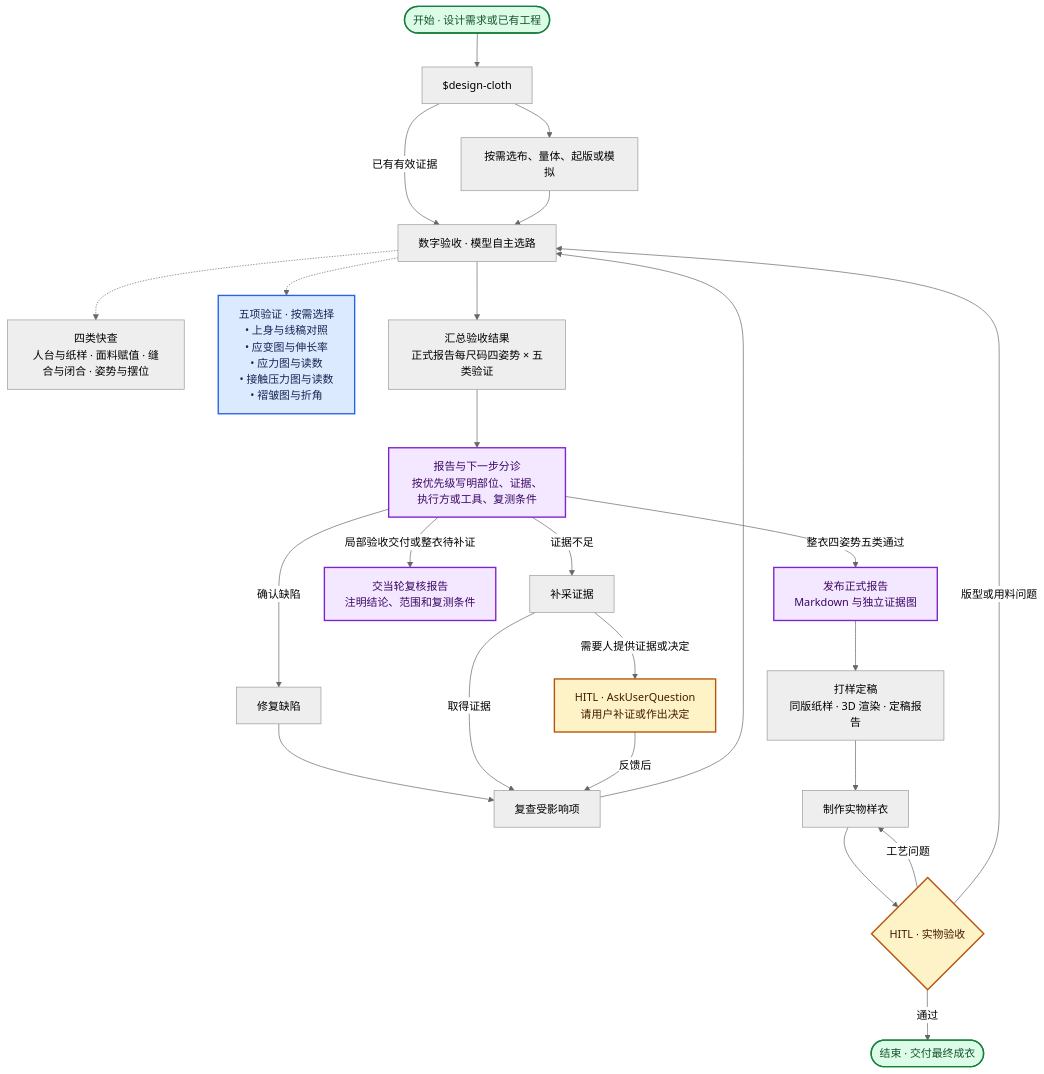
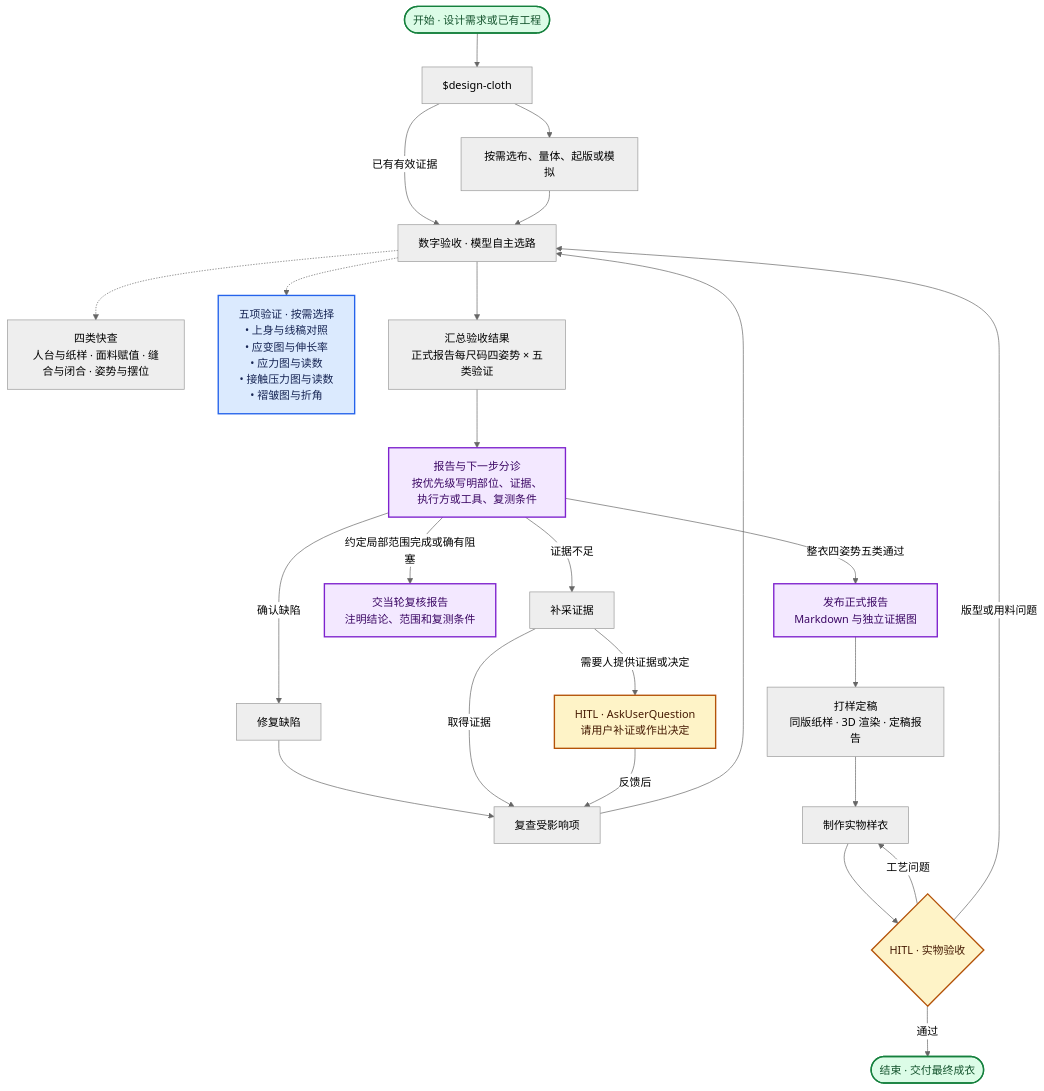
Before and after one commit to liush2yuxjtu/pattern-agent: the diagram in .agents/skills/design-cloth/SKILL.md, drawn with Mermaid (neutral theme). The commit also changed other lines of this file and 19 other files, not shown here.

````diff
--- a/.agents/skills/design-cloth/SKILL.md
+++ b/.agents/skills/design-cloth/SKILL.md
@@ -12,35 +12,35 @@
 ```mermaid
 flowchart TD
     Idea(["开始 · 设计需求或已有工程"]) --> Skill["$design-cloth"]
     Skill --> Prepare["按需选布、量体、起版或模拟"]
     Skill -->|已有有效证据| Review
     Prepare --> Review["数字验收 · 模型自主选路"]
     Review -.-> Quick["四类快查<br/>人台与纸样 · 面料赋值 · 缝合与闭合 · 姿势与摆位"]
     Review -.-> Methods["五项验证 · 按需选择<br/>• 上身与线稿对照<br/>• 应变图与伸长率<br/>• 应力图与读数<br/>• 接触压力图与读数<br/>• 褶皱图与折角"]
     Review --> Gate["汇总验收结果<br/>正式报告每尺码四姿势 × 五类验证"]
     Gate --> Report["报告与下一步分诊<br/>按优先级写明部位、证据、执行方或工具、复测条件"]
     Report -->|确认缺陷| Repair["修复缺陷"]
     Report -->|证据不足| Collect["补采证据"]
-    Report -->|局部验收交付或整衣待补证| Scoped["交当轮复核报告<br/>注明结论、范围和复测条件"]
+    Report -->|约定局部范围完成或确有阻塞| Scoped["交当轮复核报告<br/>注明结论、范围和复测条件"]
     Report -->|整衣四姿势五类通过| Publish["发布正式报告<br/>Markdown 与独立证据图"]
     Publish --> Deliver["打样定稿<br/>同版纸样 · 3D 渲染 · 定稿报告"]
     Repair --> Return["复查受影响项"]
     Collect -->|取得证据| Return
     Collect -->|需要人提供证据或决定| Human["HITL · AskUserQuestion<br/>请用户补证或作出决定"]
     Human -->|反馈后| Return
     Return --> Review
     Deliver --> Sample["制作实物样衣"]
     Sample --> Fit{"HITL · 实物验收"}
     Fit -->|工艺问题| Sample
     Fit -->|版型或用料问题| Review
     Fit -->|通过| Done(["结束 · 交付最终成衣"])
 
     classDef terminal fill:#dcfce7,stroke:#15803d,color:#14532d,stroke-width:2px;
     classDef hitl fill:#fef3c7,stroke:#b45309,color:#451a03,stroke-width:2px;
     classDef verification fill:#dbeafe,stroke:#2563eb,color:#172554,stroke-width:2px;
     classDef reportNode fill:#f3e8ff,stroke:#7e22ce,color:#3b0764,stroke-width:2px;
     class Idea,Done terminal;
     class Human,Fit hitl;
     class Methods verification;
     class Report,Scoped,Publish reportNode;
 ```
````
